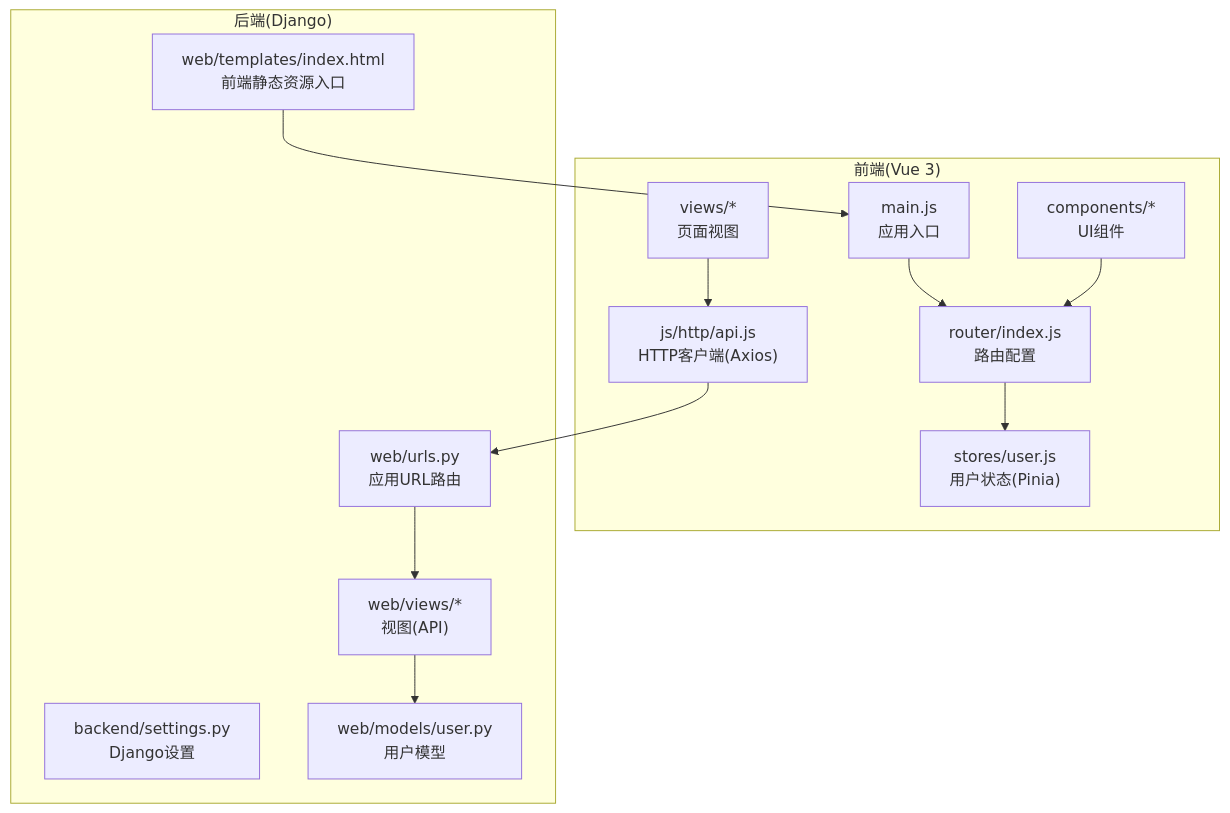
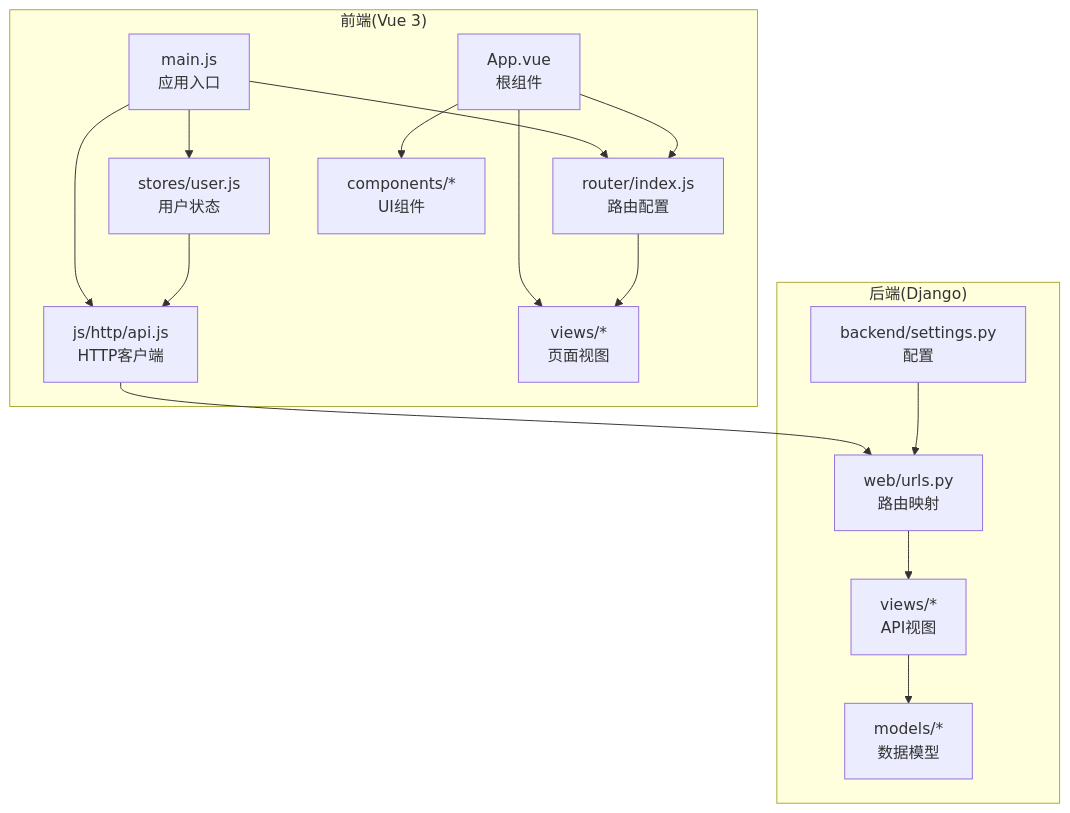
The first of 7 diagrams in .qoder/repowiki/zh/content/项目概述.md (Blaipchi/LLM_AIfriends), drawn with Mermaid before and after one commit. The commit also changed other lines of this file and 89 other files, not shown here.

````diff
--- a/.qoder/repowiki/zh/content/项目概述.md
+++ b/.qoder/repowiki/zh/content/项目概述.md
@@ -44,26 +71,30 @@
 ```mermaid
 graph TB
 subgraph "前端(Vue 3)"
 FE_Main["main.js<br/>应用入口"]
 FE_Router["router/index.js<br/>路由配置"]
-FE_Store["stores/user.js<br/>用户状态(Pinia)"]
-FE_HTTP["js/http/api.js<br/>HTTP客户端(Axios)"]
+FE_Store["stores/user.js<br/>用户状态"]
+FE_HTTP["js/http/api.js<br/>HTTP客户端"]
+FE_App["App.vue<br/>根组件"]
 FE_Components["components/*<br/>UI组件"]
 FE_Views["views/*<br/>页面视图"]
 end
 subgraph "后端(Django)"
-BE_Settings["backend/settings.py<br/>Django设置"]
-BE_URLs["web/urls.py<br/>应用URL路由"]
-BE_Views["web/views/*<br/>视图(API)"]
-BE_Models["web/models/user.py<br/>用户模型"]
-BE_Templates["web/templates/index.html<br/>前端静态资源入口"]
+BE_Settings["backend/settings.py<br/>配置"]
+BE_URLs["web/urls.py<br/>路由映射"]
+BE_Models["models/*<br/>数据模型"]
+BE_Views["views/*<br/>API视图"]
 end
 FE_Main --> FE_Router
-FE_Router --> FE_Store
+FE_Main --> FE_Store
+FE_Main --> FE_HTTP
+FE_App --> FE_Router
+FE_App --> FE_Components
+FE_App --> FE_Views
 FE_HTTP --> BE_URLs
-FE_Views --> FE_HTTP
-FE_Components --> FE_Router
+FE_Router --> FE_Views
+FE_Store --> FE_HTTP
 BE_URLs --> BE_Views
 BE_Views --> BE_Models
-BE_Templates --> FE_Main
+BE_Settings --> BE_URLs
 ```
````
